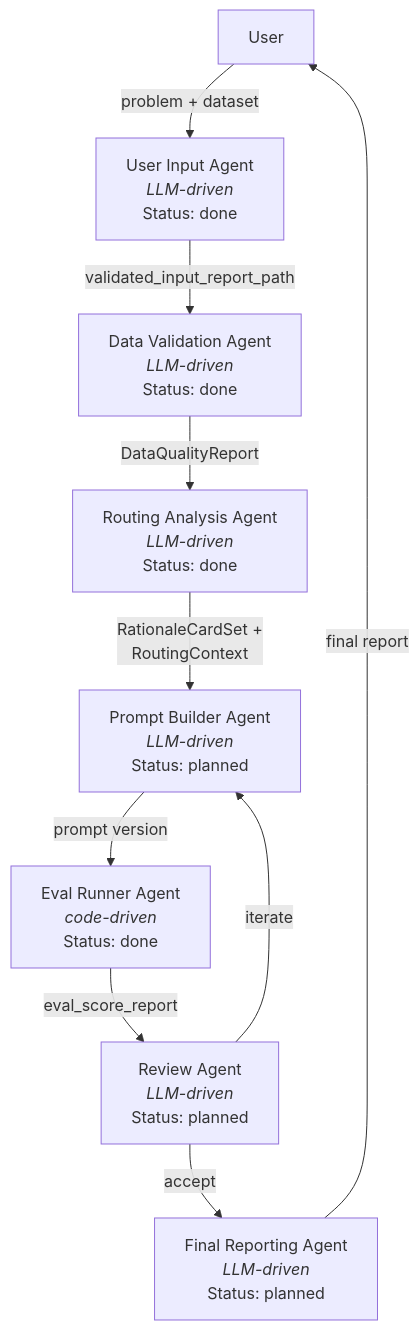
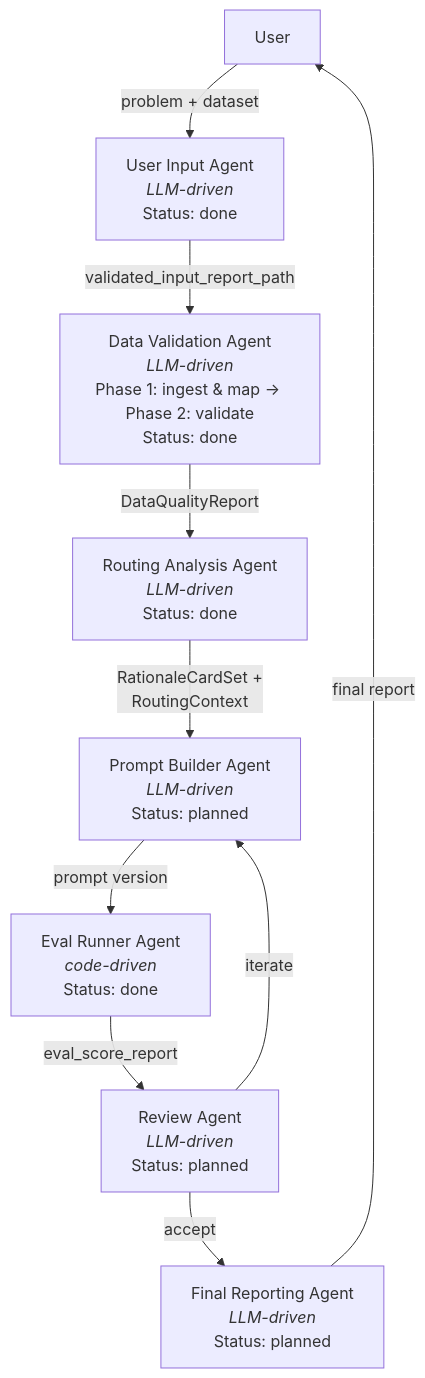
The diagram in docs/architecture.md (ProsusAI/Compass), drawn with Mermaid before and after one commit. The commit also changed other lines of this file, not shown here.

First line of the commit message:
docs: update architecture for data validation ingestion phase

````diff
--- a/docs/architecture.md
+++ b/docs/architecture.md
@@ -7,12 +7,12 @@
 ```mermaid
 graph TD
     U["User"] -->|problem + dataset| A1["User Input Agent<br/><em>LLM-driven</em><br/>Status: done"]
-    A1 -->|validated_input_report_path| A2["Data Validation Agent<br/><em>LLM-driven</em><br/>Status: done"]
+    A1 -->|validated_input_report_path| A2["Data Validation Agent<br/><em>LLM-driven</em><br/>Phase 1: ingest &amp; map → Phase 2: validate<br/>Status: done"]
     A2 -->|DataQualityReport| A3["Routing Analysis Agent<br/><em>LLM-driven</em><br/>Status: done"]
     A3 -->|RationaleCardSet +<br/>RoutingContext| A4["Prompt Builder Agent<br/><em>LLM-driven</em><br/>Status: planned"]
     A4 -->|prompt version| A5["Eval Runner Agent<br/><em>code-driven</em><br/>Status: done"]
     A5 -->|eval_score_report| A6["Review Agent<br/><em>LLM-driven</em><br/>Status: planned"]
     A6 -->|iterate| A4
     A6 -->|accept| A7["Final Reporting Agent<br/><em>LLM-driven</em><br/>Status: planned"]
     A7 -->|final report| U
 ```
````
